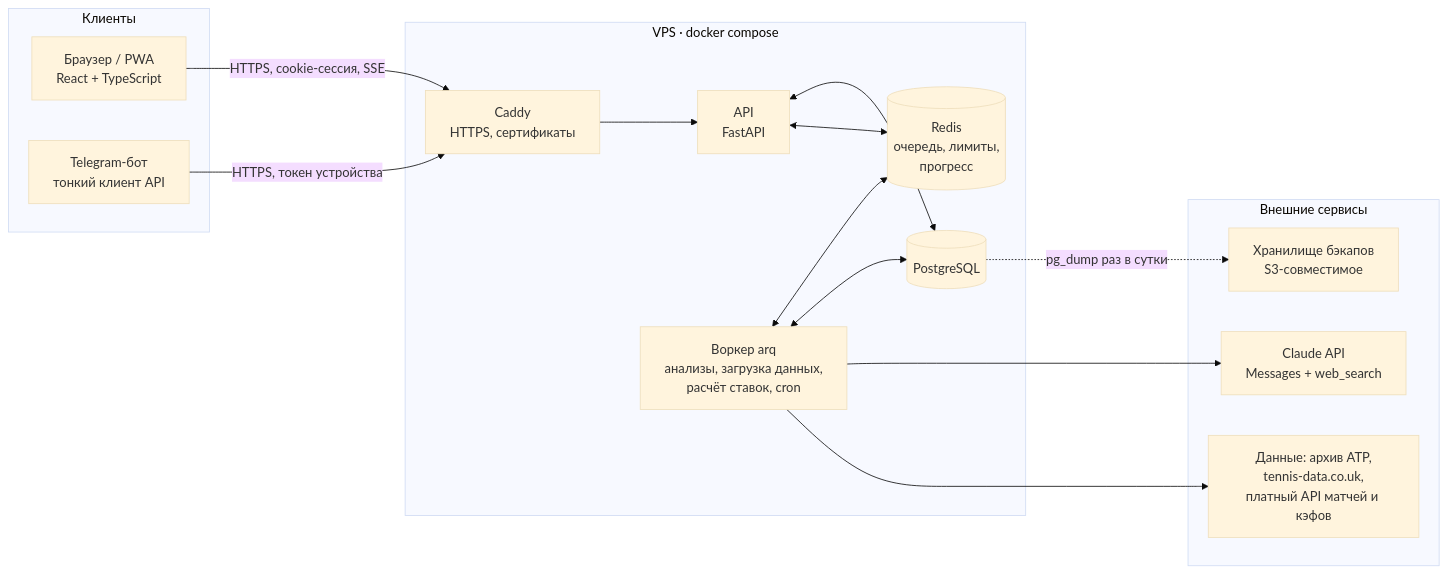
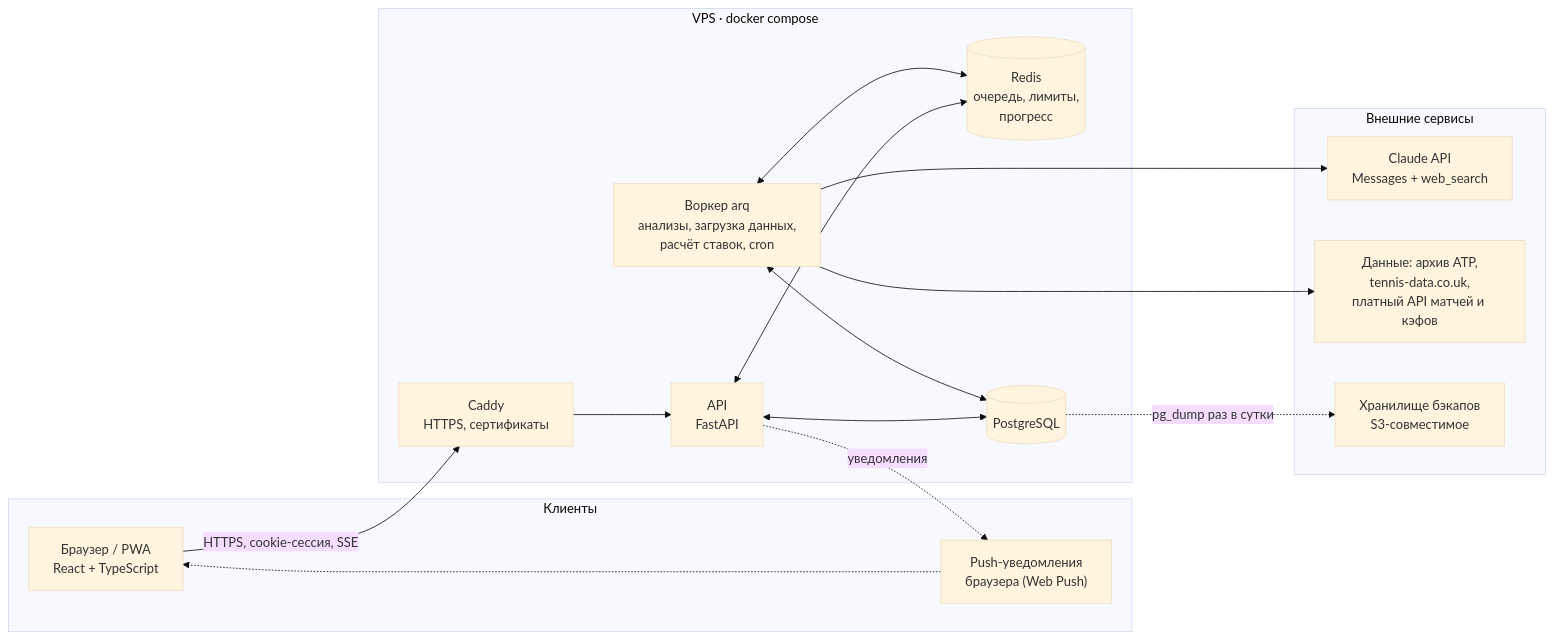
The first of 3 diagrams in docs/PLAN.md (rvburov/ai_agent_capper), drawn with Mermaid (base theme) before and after one commit. The commit also changed other lines of this file and 3 other files, not shown here.

Commit message:
План: решения владельца (несколько участников по приглашению, без Telegram-бота, уведомления на сайте, сброс пароля кодом администратора и командой терминала, два режима ключа Claude, кабинет администратора, бесплатные данные), разбор условий Anthropic, инструкция по получению ключа API

````diff
--- a/docs/PLAN.md
+++ b/docs/PLAN.md
@@ -137,29 +177,30 @@
 ```mermaid
 flowchart LR
   subgraph clients["Клиенты"]
     W["Браузер / PWA<br/>React + TypeScript"]
-    T["Telegram-бот<br/>тонкий клиент API"]
+    N["Push-уведомления<br/>браузера (Web Push)"]
   end
   subgraph vps["VPS · docker compose"]
     C["Caddy<br/>HTTPS, сертификаты"]
     A["API<br/>FastAPI"]
     WK["Воркер arq<br/>анализы, загрузка данных,<br/>расчёт ставок, cron"]
     R[("Redis<br/>очередь, лимиты,<br/>прогресс")]
     P[("PostgreSQL")]
   end
   subgraph ext["Внешние сервисы"]
     CL["Claude API<br/>Messages + web_search"]
     D["Данные: архив ATP,<br/>tennis-data.co.uk,<br/>платный API матчей и кэфов"]
     BK["Хранилище бэкапов<br/>S3-совместимое"]
   end
   W -- "HTTPS, cookie-сессия, SSE" --> C
-  T -- "HTTPS, токен устройства" --> C
+  A -. "уведомления" .-> N
+  N -.-> W
   C --> A
   A <--> P
   A <--> R
   WK <--> R
   WK <--> P
   WK --> CL
   WK --> D
   P -. "pg_dump раз в сутки" .-> BK
 ```
````
